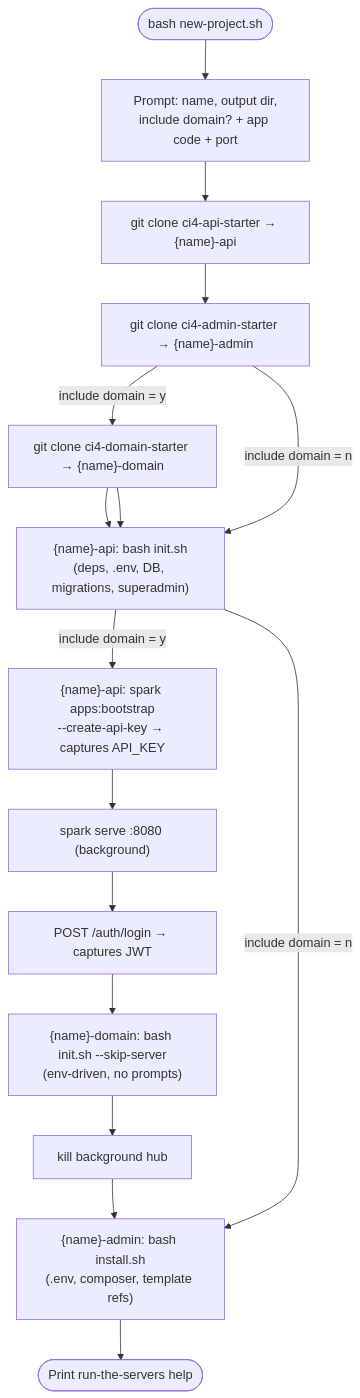
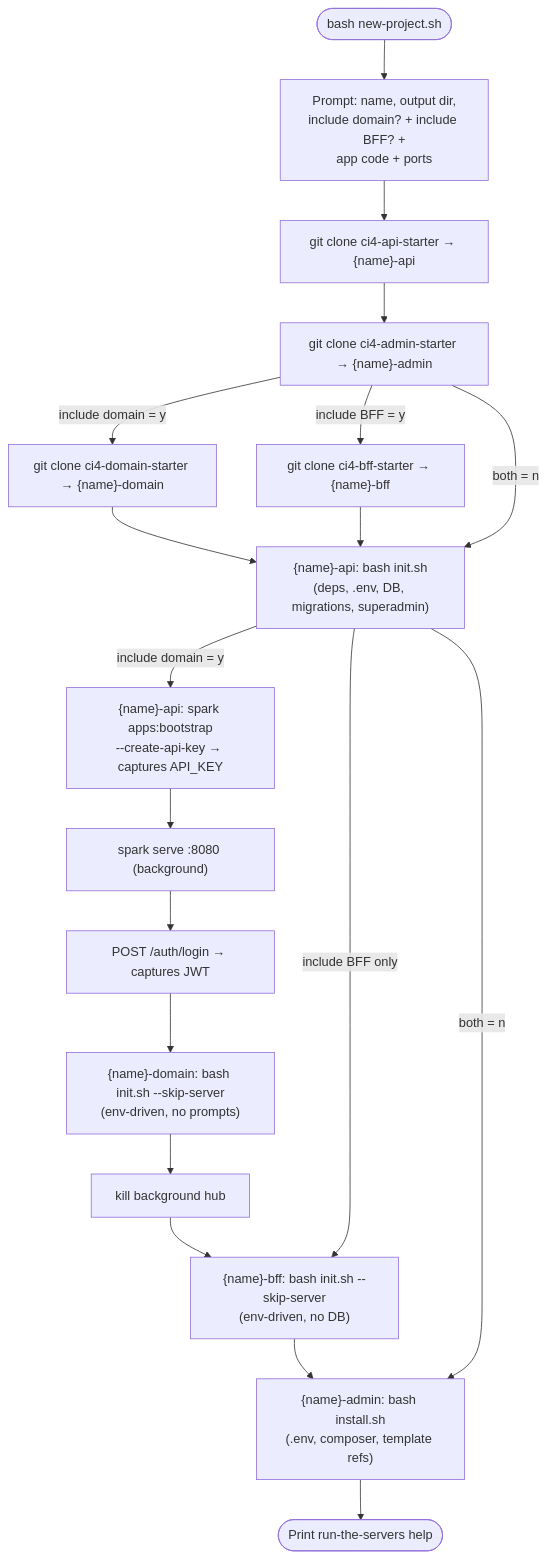
The second of 2 diagrams in README.md (dcardenasl/ci4-kickstart), drawn with Mermaid before and after one commit. The commit also changed other lines of this file and 3 other files, not shown here.

Commit message:
docs: document optional BFF starter across kit

````diff
--- a/README.md
+++ b/README.md
@@ -89,25 +91,32 @@
 ```mermaid
 flowchart TD
     Start([bash new-project.sh])
-    Prompts["Prompt: name, output dir,<br/>include domain? + app code + port"]
+    Prompts["Prompt: name, output dir,<br/>include domain? + include BFF? +<br/>app code + ports"]
     CloneAPI["git clone ci4-api-starter → {name}-api"]
     CloneAdmin["git clone ci4-admin-starter → {name}-admin"]
     CloneDomain["git clone ci4-domain-starter → {name}-domain"]
+    CloneBFF["git clone ci4-bff-starter → {name}-bff"]
     APIInit["{name}-api: bash init.sh<br/>(deps, .env, DB, migrations, superadmin)"]
     Bootstrap["{name}-api: spark apps:bootstrap<br/>--create-api-key → captures API_KEY"]
     StartHub["spark serve :8080 (background)"]
     Login["POST /auth/login → captures JWT"]
     DomainInit["{name}-domain: bash init.sh --skip-server<br/>(env-driven, no prompts)"]
     StopHub["kill background hub"]
+    BFFInit["{name}-bff: bash init.sh --skip-server<br/>(env-driven, no DB)"]
     AdminInstall["{name}-admin: bash install.sh<br/>(.env, composer, template refs)"]
     Done([Print run-the-servers help])
 
     Start --> Prompts
     Prompts --> CloneAPI --> CloneAdmin
-    CloneAdmin -->|"include domain = y"| CloneDomain --> APIInit
-    CloneAdmin -->|"include domain = n"| APIInit
+    CloneAdmin -->|"include domain = y"| CloneDomain
+    CloneAdmin -->|"include BFF = y"| CloneBFF
     CloneDomain --> APIInit
-    APIInit -->|"include domain = y"| Bootstrap --> StartHub --> Login --> DomainInit --> StopHub --> AdminInstall
-    APIInit -->|"include domain = n"| AdminInstall
+    CloneBFF --> APIInit
+    CloneAdmin -->|"both = n"| APIInit
+    APIInit -->|"include domain = y"| Bootstrap --> StartHub --> Login --> DomainInit --> StopHub
+    StopHub --> BFFInit
+    APIInit -->|"include BFF only"| BFFInit
+    BFFInit --> AdminInstall
+    APIInit -->|"both = n"| AdminInstall
     AdminInstall --> Done
 ```
````
